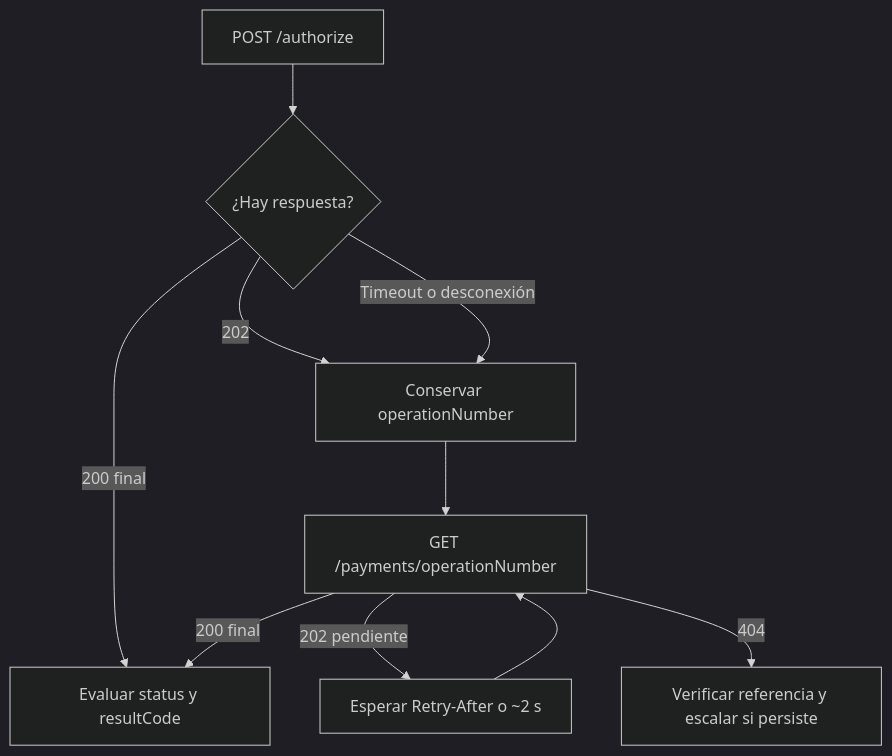
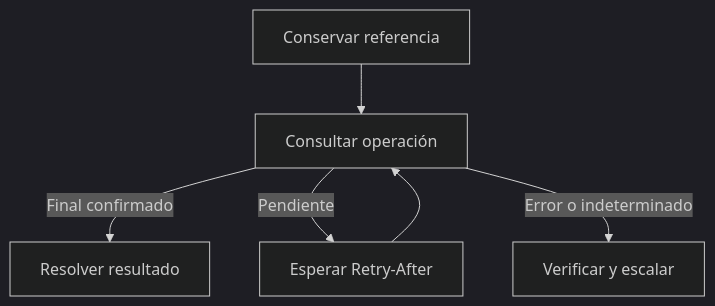
Before and after one commit to alignet-docs/alignet-developers: the diagram in procesamiento-fisico/alignet-transit/operacion-y-recuperacion.mdx, drawn with Mermaid (dark theme). The commit also changed other lines of this file and 14 other files, not shown here.

````diff
--- a/procesamiento-fisico/alignet-transit/operacion-y-recuperacion.mdx
+++ b/procesamiento-fisico/alignet-transit/operacion-y-recuperacion.mdx
@@ -57,12 +53,8 @@
 ```mermaid
 flowchart TD
-    POST[POST /authorize] --> RESPONSE{¿Hay respuesta?}
-    RESPONSE -->|200 final| FINAL[Evaluar status y resultCode]
-    RESPONSE -->|202| STORE[Conservar operationNumber]
-    RESPONSE -->|Timeout o desconexión| STORE
-    STORE --> GET[GET /payments/operationNumber]
-    GET -->|200 final| FINAL
-    GET -->|202 pendiente| WAIT[Esperar Retry-After o ~2 s]
-    WAIT --> GET
-    GET -->|404| REVIEW[Verificar referencia y escalar si persiste]
+    A[Conservar referencia] --> B[Consultar operación]
+    B -->|Final confirmado| C[Resolver resultado]
+    B -->|Pendiente| D[Esperar Retry-After]
+    D --> B
+    B -->|Error o indeterminado| E[Verificar y escalar]
 ```
````
